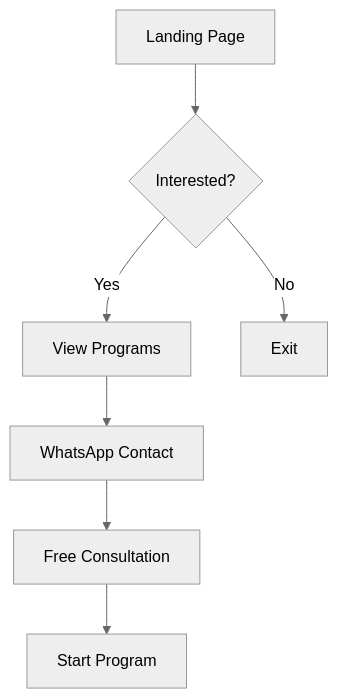
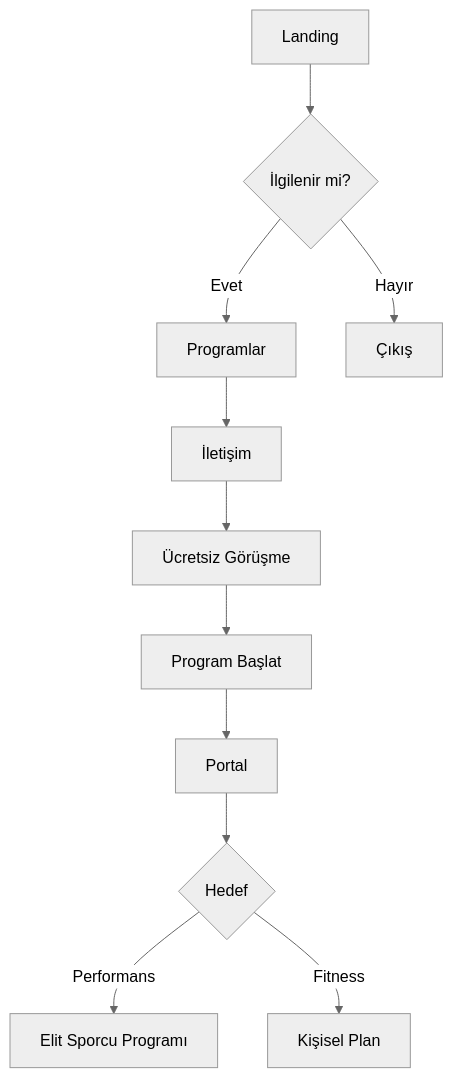
Before and after one commit to No3214/pt: the first of 7 diagrams in .claude/skills/mermaid-diagrams/SKILL.md, drawn with Mermaid (neutral theme). The commit also changed other lines of this file and 202 other files, not shown here.

````diff
--- a/.claude/skills/mermaid-diagrams/SKILL.md
+++ b/.claude/skills/mermaid-diagrams/SKILL.md
@@ -8,9 +11,13 @@
 ```mermaid
 flowchart TD
-    A[Landing Page] --> B{Interested?}
-    B -->|Yes| C[View Programs]
-    C --> D[WhatsApp Contact]
-    D --> E[Free Consultation]
-    E --> F[Start Program]
-    B -->|No| G[Exit]
+    A[Landing] --> B{İlgilenir mi?}
+    B -->|Evet| C[Programlar]
+    C --> D[İletişim]
+    D --> E[Ücretsiz Görüşme]
+    E --> F[Program Başlat]
+    B -->|Hayır| G[Çıkış]
+    F --> H[Portal]
+    H --> I{Hedef}
+    I -->|Performans| J[Elit Sporcu Programı]
+    I -->|Fitness| K[Kişisel Plan]
 ```
````
